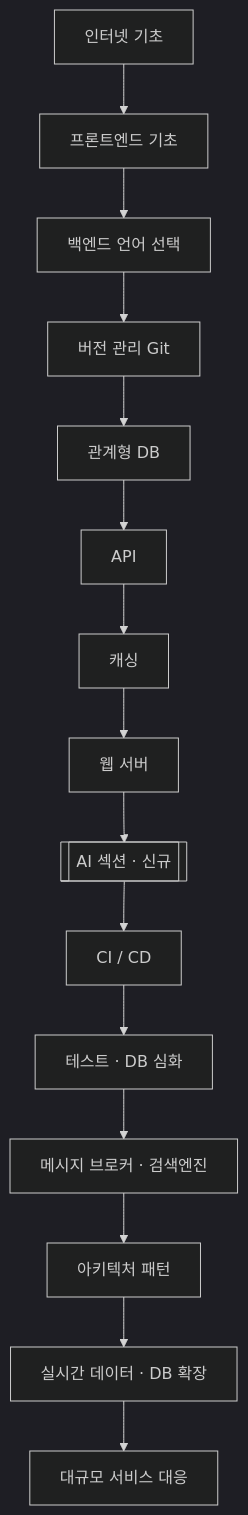
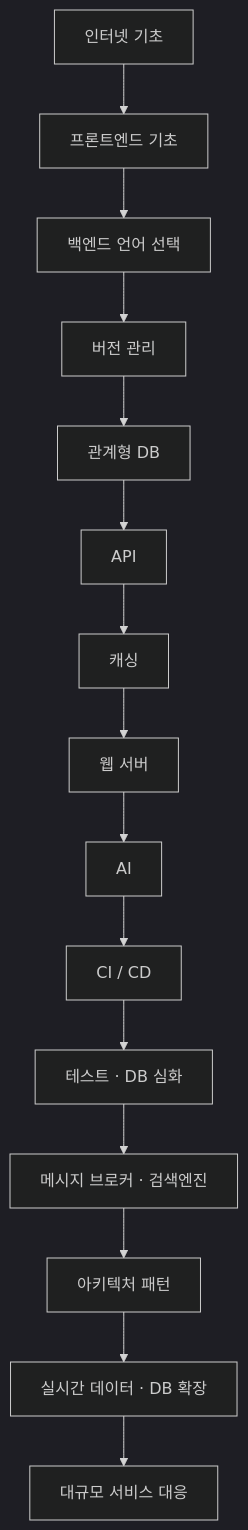
One commit to dmstjd1024/dmstjd1024.github.io changed the first of 9 diagrams in _pages/Develop/backend-roadmap-2026.md. Above: the diagram before and after it, drawn with Mermaid (dark theme). The commit also changed other lines of this file, not shown here.

````diff
--- a/_pages/Develop/backend-roadmap-2026.md
+++ b/_pages/Develop/backend-roadmap-2026.md
@@ -37,17 +40,17 @@
 ```mermaid
 flowchart TD
     A[인터넷 기초] --> B[프론트엔드 기초]
     B --> C[백엔드 언어 선택]
-    C --> D[버전 관리 Git]
+    C --> D[버전 관리]
     D --> E[관계형 DB]
     E --> F[API]
     F --> G[캐싱]
     G --> H[웹 서버]
-    H --> I[["AI 섹션 · 신규"]]
+    H --> I[AI]
     I --> J[CI / CD]
     J --> K[테스트 · DB 심화]
     K --> L[메시지 브로커 · 검색엔진]
     L --> M[아키텍처 패턴]
     M --> N[실시간 데이터 · DB 확장]
     N --> O[대규모 서비스 대응]
 ```
````
